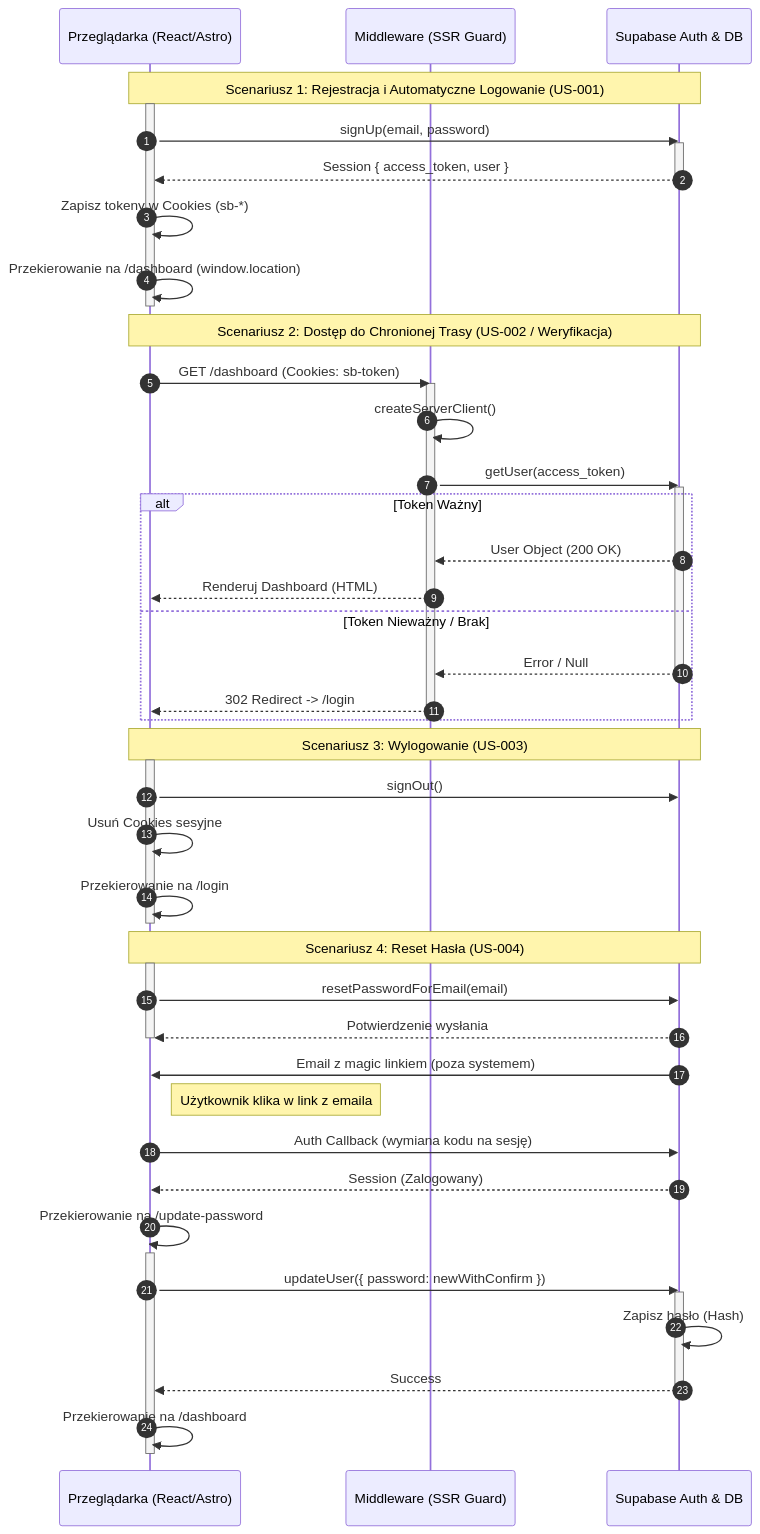
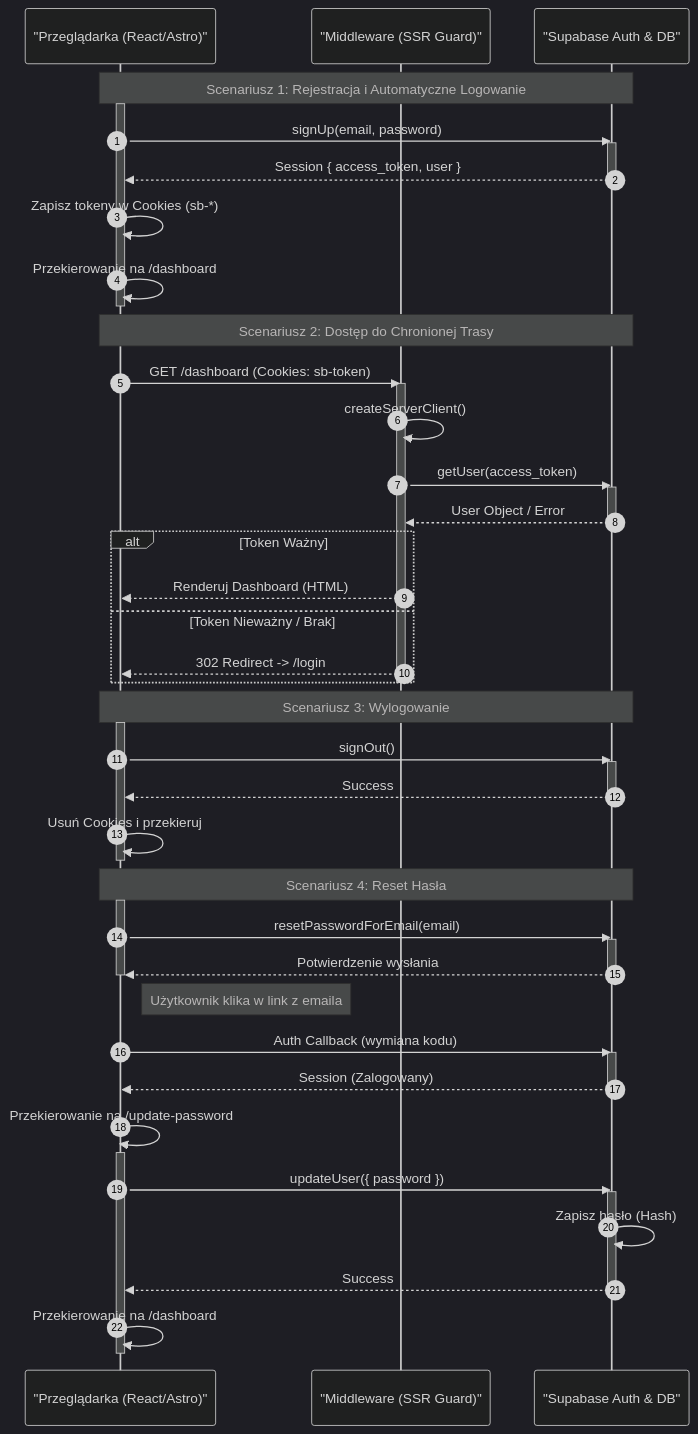
The diagram in .ai/diagrams/auth.md (PawelKapusta/VideoSummary), drawn with Mermaid before and after one commit. The commit also changed other lines of this file, not shown here.

Commit message:
docs: Enhance authentication flow diagram with dark theme, clearer participant labels, and refined interaction steps for various scenarios.

````diff
--- a/.ai/diagrams/auth.md
+++ b/.ai/diagrams/auth.md
@@ -27,69 +26,73 @@
 ```mermaid
+%%{init: {'theme': 'dark', 'themeVariables': { 'primaryColor': '#0070f3', 'textColor': '#ffffff' }}}%%
 sequenceDiagram
     autonumber
-    participant Browser as Przeglądarka (React/Astro)
-    participant Middleware as Middleware (SSR Guard)
-    participant Supabase as Supabase Auth & DB
+    participant Browser as "Przeglądarka (React/Astro)"
+    participant Middleware as "Middleware (SSR Guard)"
+    participant Supabase as "Supabase Auth & DB"
 
-    Note over Browser, Supabase: Scenariusz 1: Rejestracja i Automatyczne Logowanie (US-001)
+    Note over Browser, Supabase: Scenariusz 1: Rejestracja i Automatyczne Logowanie
 
     activate Browser
     Browser->>Supabase: signUp(email, password)
     activate Supabase
     Supabase-->>Browser: Session { access_token, user }
     deactivate Supabase
     
     Browser->>Browser: Zapisz tokeny w Cookies (sb-*)
-    Browser->>Browser: Przekierowanie na /dashboard (window.location)
+    Browser->>Browser: Przekierowanie na /dashboard
     deactivate Browser
 
-    Note over Browser, Supabase: Scenariusz 2: Dostęp do Chronionej Trasy (US-002 / Weryfikacja)
+    Note over Browser, Supabase: Scenariusz 2: Dostęp do Chronionej Trasy
 
     Browser->>Middleware: GET /dashboard (Cookies: sb-token)
     activate Middleware
     Middleware->>Middleware: createServerClient()
     Middleware->>Supabase: getUser(access_token)
     activate Supabase
+    Supabase-->>Middleware: User Object / Error
+    deactivate Supabase
     
     alt Token Ważny
-        Supabase-->>Middleware: User Object (200 OK)
         Middleware-->>Browser: Renderuj Dashboard (HTML)
     else Token Nieważny / Brak
-        Supabase-->>Middleware: Error / Null
-        deactivate Supabase
         Middleware-->>Browser: 302 Redirect -> /login
     end
     deactivate Middleware
 
-    Note over Browser, Supabase: Scenariusz 3: Wylogowanie (US-003)
+    Note over Browser, Supabase: Scenariusz 3: Wylogowanie
 
     activate Browser
     Browser->>Supabase: signOut()
-    Browser->>Browser: Usuń Cookies sesyjne
-    Browser->>Browser: Przekierowanie na /login
+    activate Supabase
+    Supabase-->>Browser: Success
+    deactivate Supabase
+    Browser->>Browser: Usuń Cookies i przekieruj
     deactivate Browser
 
-    Note over Browser, Supabase: Scenariusz 4: Reset Hasła (US-004)
+    Note over Browser, Supabase: Scenariusz 4: Reset Hasła
 
     activate Browser
     Browser->>Supabase: resetPasswordForEmail(email)
+    activate Supabase
     Supabase-->>Browser: Potwierdzenie wysłania
+    deactivate Supabase
     deactivate Browser
-    
-    Supabase->>Browser: Email z magic linkiem (poza systemem)
     
     Note right of Browser: Użytkownik klika w link z emaila
     
-    Browser->>Supabase: Auth Callback (wymiana kodu na sesję)
+    Browser->>Supabase: Auth Callback (wymiana kodu)
+    activate Supabase
     Supabase-->>Browser: Session (Zalogowany)
+    deactivate Supabase
     Browser->>Browser: Przekierowanie na /update-password
     
     activate Browser
-    Browser->>Supabase: updateUser({ password: newWithConfirm })
+    Browser->>Supabase: updateUser({ password })
     activate Supabase
     Supabase->>Supabase: Zapisz hasło (Hash)
     Supabase-->>Browser: Success
     deactivate Supabase
     Browser->>Browser: Przekierowanie na /dashboard
     deactivate Browser
 ```
````
